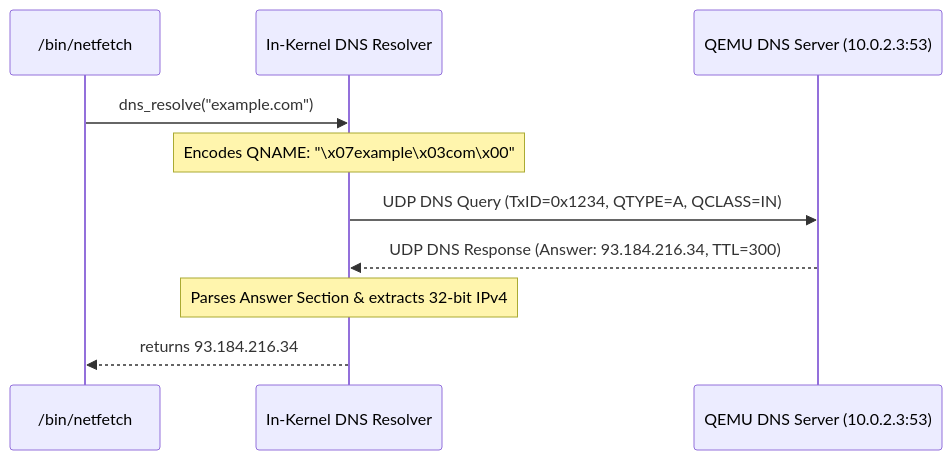
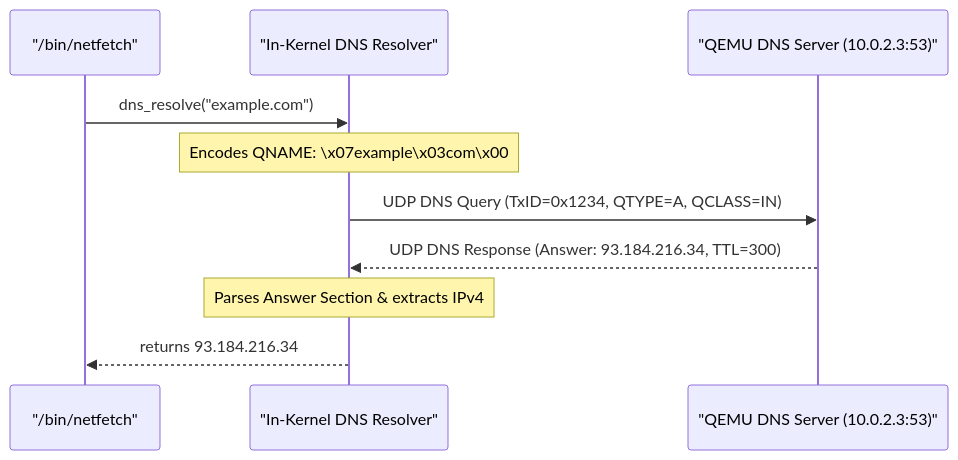
One commit to vikman90/bangos changed the third of 4 diagrams in docs/15-tcpip-network-stack.md. Above: the diagram before and after it, drawn with Mermaid. The commit also changed other lines of this file and 4 other files, not shown here.

First line of the commit message:
fix(docs): correct Mermaid diagram syntax across documentation

````diff
--- a/docs/15-tcpip-network-stack.md
+++ b/docs/15-tcpip-network-stack.md
@@ -134,13 +134,13 @@
 ```mermaid
 sequenceDiagram
-    participant User as /bin/netfetch
-    participant DNS as In-Kernel DNS Resolver
-    participant Server as QEMU DNS Server (10.0.2.3:53)
+    participant User as "/bin/netfetch"
+    participant DNS as "In-Kernel DNS Resolver"
+    participant Server as "QEMU DNS Server (10.0.2.3:53)"
 
     User->>DNS: dns_resolve("example.com")
-    Note over DNS: Encodes QNAME: "\x07example\x03com\x00"
+    Note over DNS: Encodes QNAME: \x07example\x03com\x00
     DNS->>Server: UDP DNS Query (TxID=0x1234, QTYPE=A, QCLASS=IN)
     Server-->>DNS: UDP DNS Response (Answer: 93.184.216.34, TTL=300)
-    Note over DNS: Parses Answer Section & extracts 32-bit IPv4
+    Note over DNS: Parses Answer Section & extracts IPv4
     DNS-->>User: returns 93.184.216.34
 ```
````
